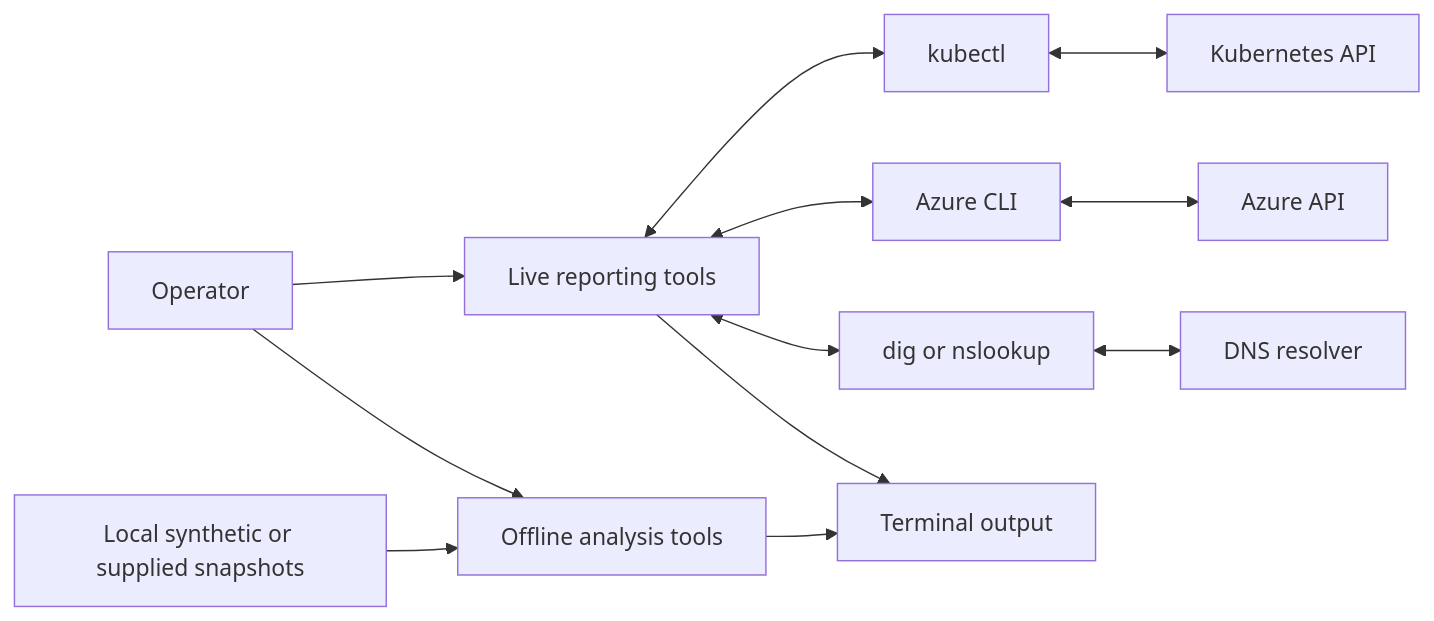
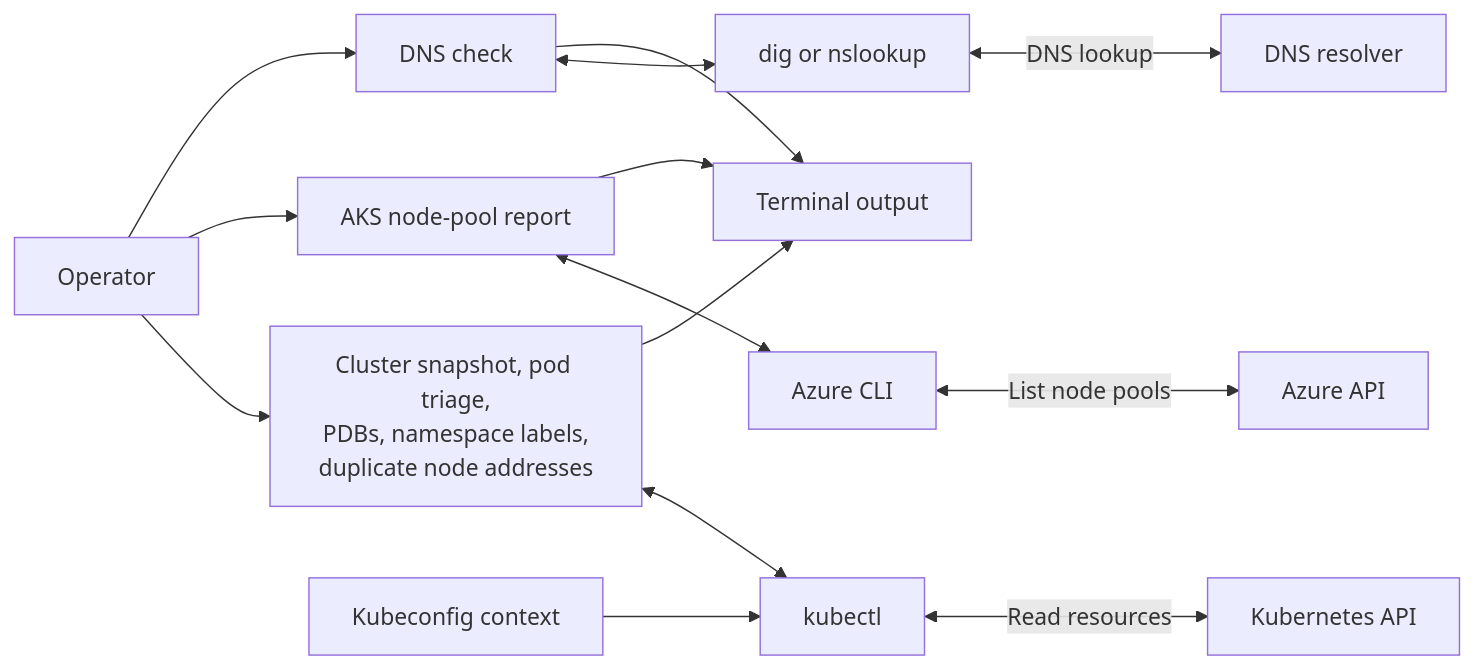
Before and after one commit to reddanu/kube-engineering-toolkit: the first of 2 diagrams in README.md, drawn with Mermaid. The commit also changed other lines of this file and 4 other files, not shown here.

Commit message:
Clarify toolkit architecture

````diff
--- a/README.md
+++ b/README.md
@@ -9,14 +11,16 @@
 ```mermaid
 flowchart LR
-	operator[Operator] --> live[Live reporting tools]
-	operator --> offline[Offline analysis tools]
-	live <--> kubectl[kubectl]
-	kubectl <--> cluster[Kubernetes API]
-	live <--> azure[Azure CLI]
-	azure <--> aks[Azure API]
-	live <--> dns[dig or nslookup]
-	dns <--> resolver[DNS resolver]
-	snapshots[Local synthetic or supplied snapshots] --> offline
-	live --> output[Terminal output]
-	offline --> output
+	operator[Operator] --> kubereports["Cluster snapshot, pod triage,<br/>PDBs, namespace labels,<br/>duplicate node addresses"]
+	operator --> aksreport[AKS node-pool report]
+	operator --> dnscheck[DNS check]
+	kubeconfig[Kubeconfig context] --> kubectl[kubectl]
+	kubereports <--> kubectl
+	kubectl <-->|Read resources| cluster[Kubernetes API]
+	aksreport <--> az[Azure CLI]
+	az <-->|List node pools| azure[Azure API]
+	dnscheck <--> resolvertool[dig or nslookup]
+	resolvertool <-->|DNS lookup| resolver[DNS resolver]
+	kubereports --> output[Terminal output]
+	aksreport --> output
+	dnscheck --> output
 ```
````
